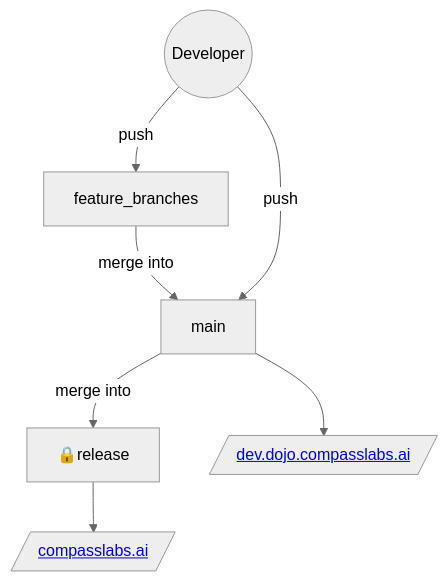
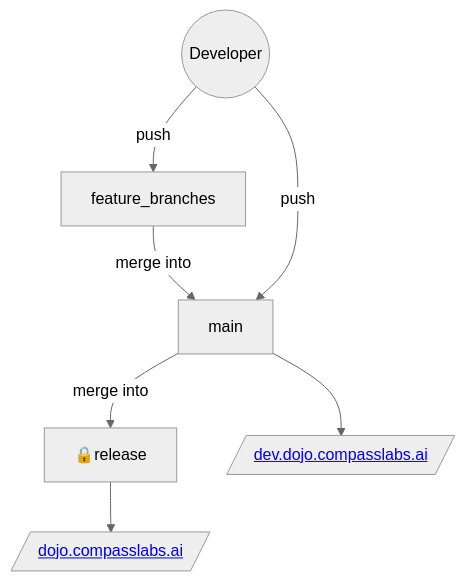
One commit to CompassLabs/docs changed the diagram in README.md. Above: the diagram before and after it, drawn with Mermaid (neutral theme).

`````diff
--- a/README.md
+++ b/README.md
@@ -1,18 +1,18 @@
 ```mermaid
 flowchart TD
     main[main]
     release[🔒release]
-    main_website[/<a href='https://dojo.compasslabs.ai'>compasslabs.ai</a>/]
+    main_website[/<a href='https://dojo.compasslabs.ai'>dojo.compasslabs.ai</a>/]
     dev_website[/<a href='https://dev.dojo.compasslabs.ai'>dev.dojo.compasslabs.ai</a>/]
     developer((Developer))
     feature_branches[feature_branches]
 
     main --> dev_website
     release --> main_website
 
     main --> |merge into| release
     feature_branches --> |merge into| main
 
     developer --> |push| feature_branches
     developer --> |push| main
 ````
`````
